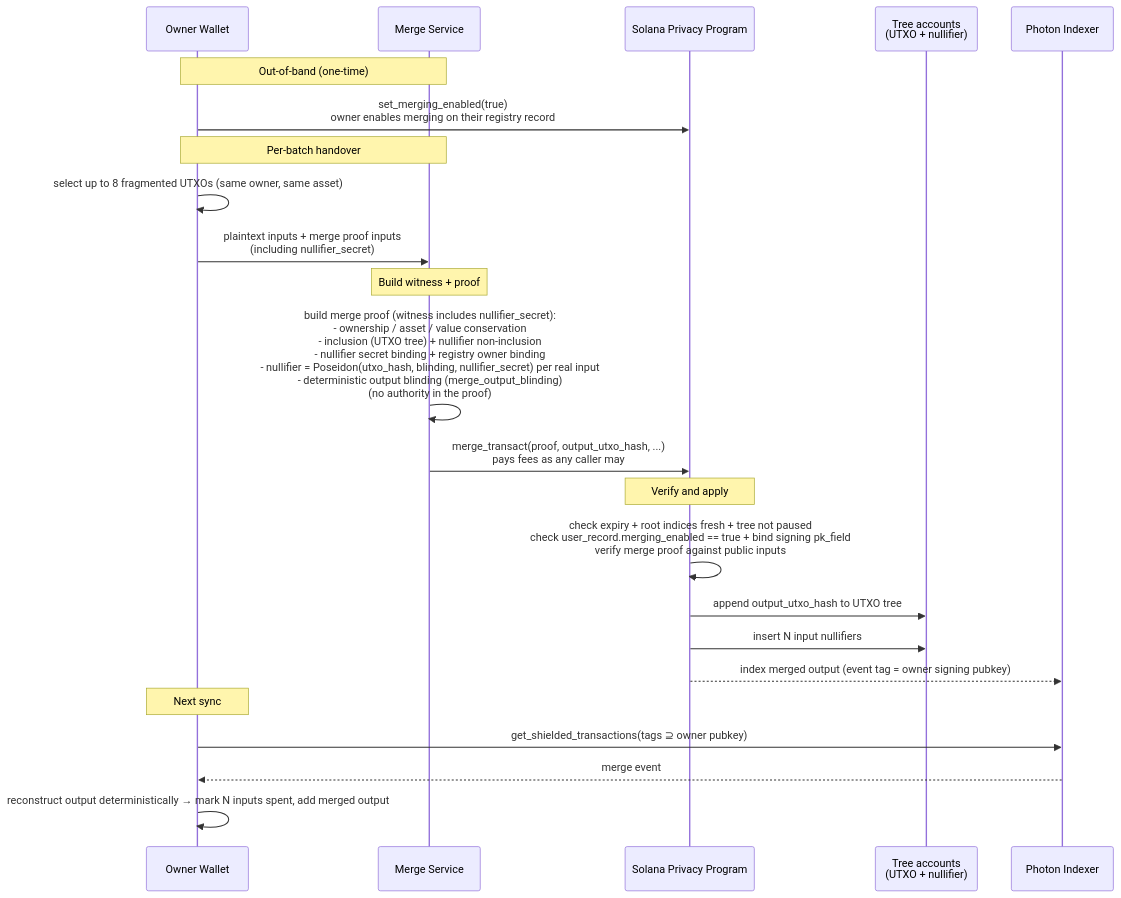
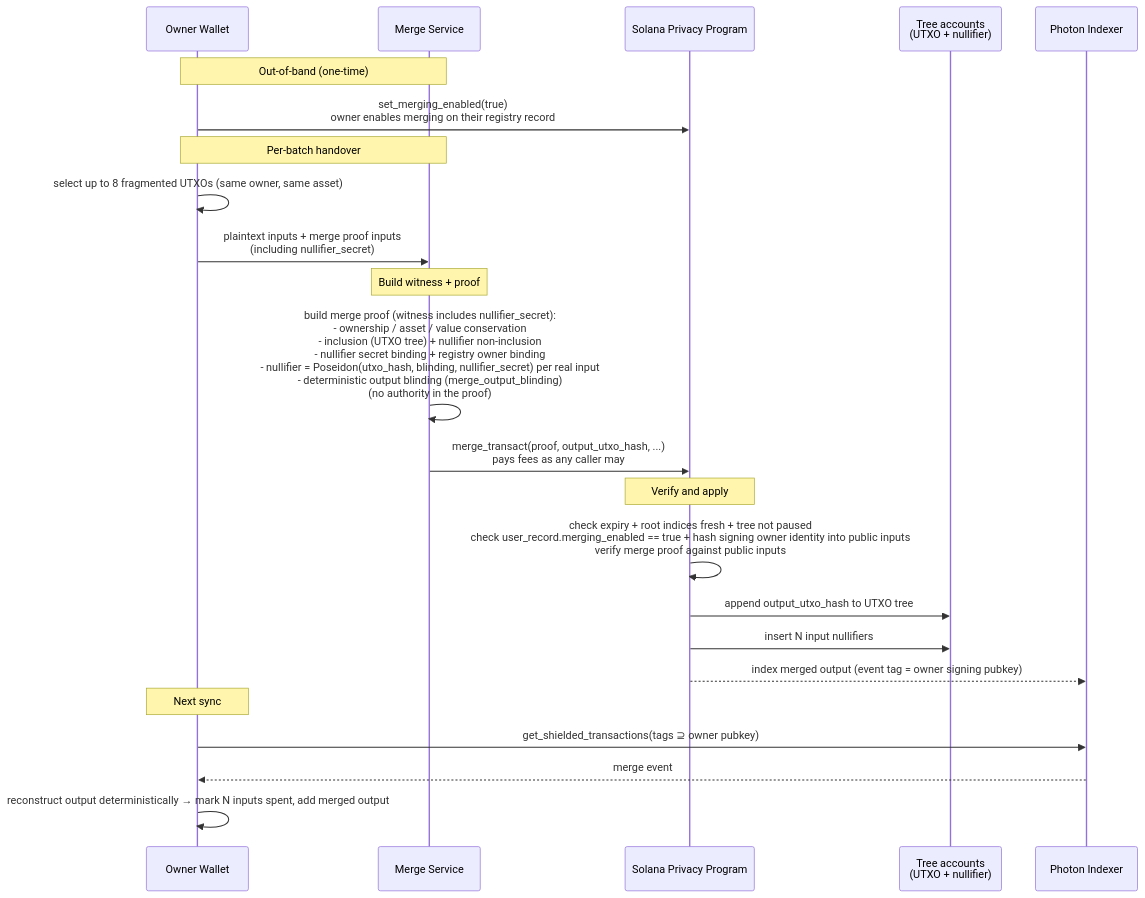
Before and after one commit to helius-labs/zolana: the fifth of 5 diagrams in docs/spec.md, drawn with Mermaid. The commit also changed other lines of this file and 432 other files, not shown here.

````diff
--- a/docs/spec.md
+++ b/docs/spec.md
@@ -2534,30 +2639,30 @@
 ```mermaid
 sequenceDiagram
     participant Wallet as Owner Wallet
     participant Merge as Merge Service
     participant SPP as Solana Privacy Program
     participant Trees as Tree accounts<br/>(UTXO + nullifier)
     participant Indexer as Photon Indexer
 
     Note over Merge,Wallet: Out-of-band (one-time)
     Wallet->>SPP: set_merging_enabled(true)<br/>owner enables merging on their registry record
 
     Note over Wallet,Merge: Per-batch handover
     Wallet->>Wallet: select up to 8 fragmented UTXOs (same owner, same asset)
     Wallet->>Merge: plaintext inputs + merge proof inputs<br/>(including nullifier_secret)
 
     Note over Merge: Build witness + proof
     Merge->>Merge: build merge proof (witness includes nullifier_secret):<br/>- ownership / asset / value conservation<br/>- inclusion (UTXO tree) + nullifier non-inclusion<br/>- nullifier secret binding + registry owner binding<br/>- nullifier = Poseidon(utxo_hash, blinding, nullifier_secret) per real input<br/>- deterministic output blinding (merge_output_blinding)<br/>(no authority in the proof)
     Merge->>SPP: merge_transact(proof, output_utxo_hash, ...)<br/>pays fees as any caller may
 
     Note over SPP: Verify and apply
-    SPP->>SPP: check expiry + root indices fresh + tree not paused<br/>check user_record.merging_enabled == true + bind signing pk_field<br/>verify merge proof against public inputs
+    SPP->>SPP: check expiry + root indices fresh + tree not paused<br/>check user_record.merging_enabled == true + hash signing owner identity into public inputs<br/>verify merge proof against public inputs
     SPP->>Trees: append output_utxo_hash to UTXO tree
     SPP->>Trees: insert N input nullifiers
     SPP-->>Indexer: index merged output (event tag = owner signing pubkey)
 
     Note over Wallet: Next sync
     Wallet->>Indexer: get_shielded_transactions(tags ⊇ owner pubkey)
     Indexer-->>Wallet: merge event
     Wallet->>Wallet: reconstruct output deterministically → mark N inputs spent, add merged output
 ```
````
